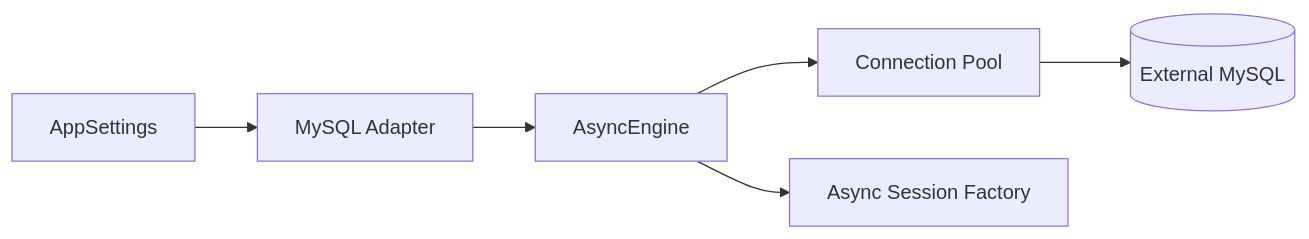
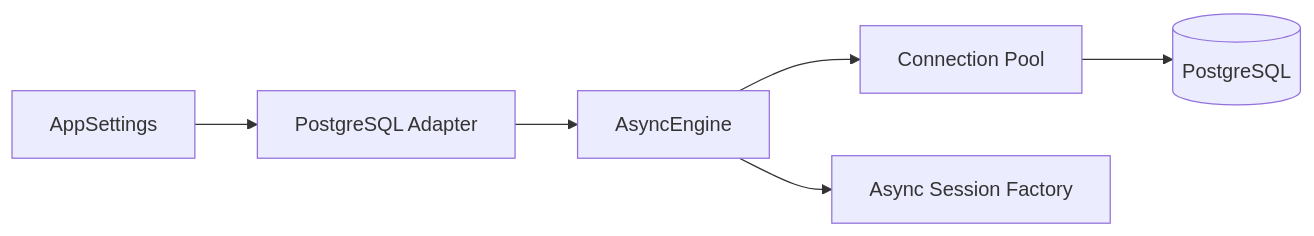
The fifth of 18 diagrams in Architecture.md (shiladityamajumder/fastapi-production-boilerplate), drawn with Mermaid before and after one commit. The commit also changed other lines of this file and 25 other files, not shown here.

Commit message:
feat(db): establish PostgreSQL and Alembic foundation with Docker support and tests

````diff
--- a/Architecture.md
+++ b/Architecture.md
@@ -462,15 +462,15 @@
 ```mermaid
 flowchart LR
     Settings[AppSettings]
-    Adapter[MySQL Adapter]
+    Adapter[PostgreSQL Adapter]
     Engine[AsyncEngine]
     Pool[Connection Pool]
     SessionFactory[Async Session Factory]
-    Database[(External MySQL)]
+    Database[(PostgreSQL)]
 
     Settings --> Adapter
     Adapter --> Engine
     Engine --> Pool
     Engine --> SessionFactory
     Pool --> Database
 ```
````
